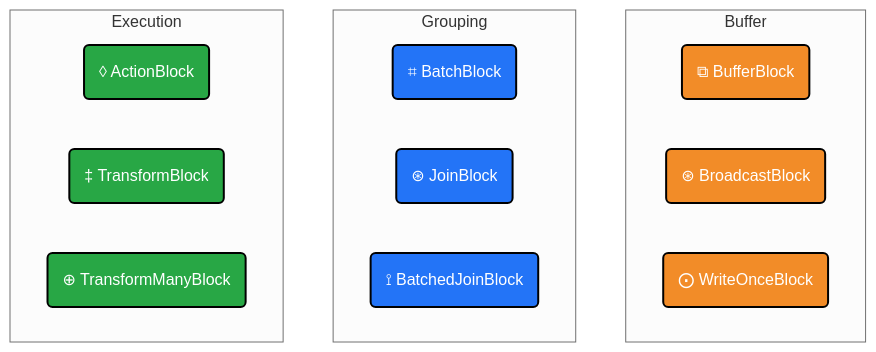
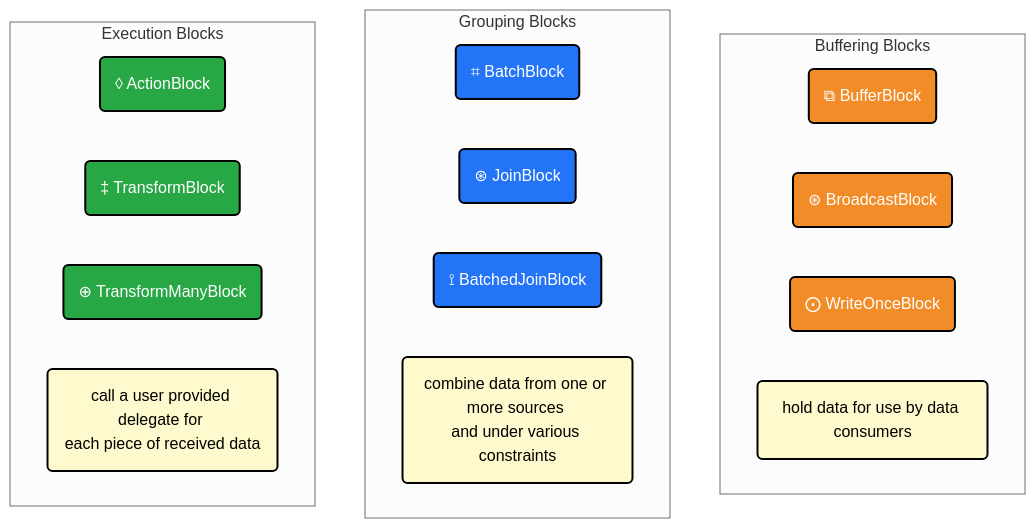
Before and after one commit to MartinRL/TplDataflow: the diagram in BlockTypes.mmd, drawn with Mermaid (neutral theme).

Commit message:
block type descriptions

```diff
--- a/BlockTypes.mmd
+++ b/BlockTypes.mmd
@@ -1,31 +1,34 @@
 flowchart TB
     
     %% Colors %%
     %% Rationale: Green is often associated with "action," "go," and "processing," which fits the nature of execution blocks that actively transform or process data.
     classDef green fill:#28a745,stroke:#000,stroke-width:2px,color:#fff;
     %% Rationale: Blue is often associated with "organization," "grouping," and "collective operations." It provides a calm, structural feel, appropriate for blocks that group or batch items.
     classDef blue fill:#2374f7,stroke:#000,stroke-width:2px,color:#fff;
     %% Rationale: Orange is often linked with "storage" or "holding" phases and is visually distinct. Buffer blocks temporarily store items before they are processed, so orange can indicate this intermediary state.
     classDef orange fill:#f28c28,stroke:#000,stroke-width:2px,color:#fff;
+    classDef light-yellow fill:#fffacd,stroke:#000,stroke-width:2px,color:#000;
 
-
-    subgraph Buffer
+    subgraph "Buffering Blocks"
         %% direction TD
         BB("⧉ BufferBlock<T>"):::orange
         BrB("⊛ BroadcastBlock<T>"):::orange
         WOB("⨀ WriteOnceBlock<T>"):::orange
+        bufferingNote("hold data for use by data consumers"):::light-yellow
     end
     
-    subgraph Grouping
+    subgraph "Grouping Blocks"
         %% direction TD
         BaB("⌗ BatchBlock<T>"):::blue
         JB("⊛ JoinBlock<T1, T2>"):::blue
         BJB("⟟ BatchedJoinBlock<T1, T2>"):::blue
+        groupingNote("combine data from one or more sources \nand under various constraints"):::light-yellow
     end
 
-    subgraph Execution
+    subgraph "Execution Blocks"
         %% direction TD
         AB("◊ ActionBlock<T>"):::green
         TB("‡ TransformBlock<T, U>"):::green
         TMB("⊕ TransformManyBlock<TInput, TOutput>"):::green
+        executiongNote("call a user provided delegate for \neach piece of received data"):::light-yellow
     end
```
